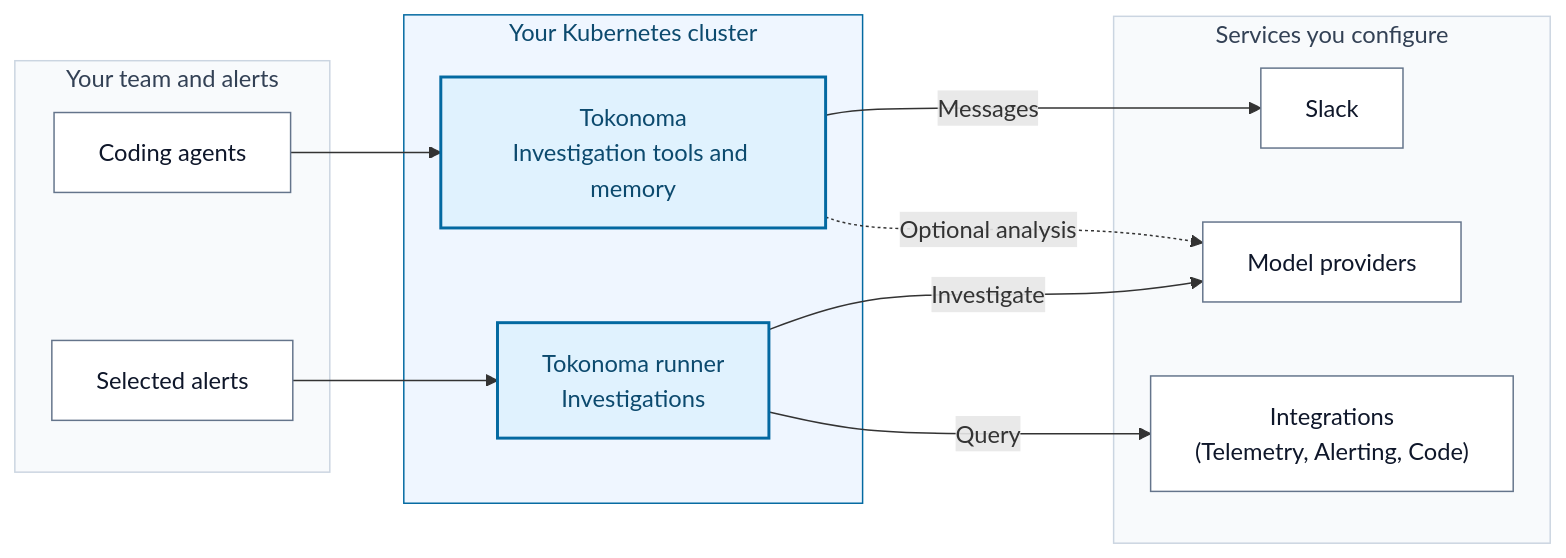
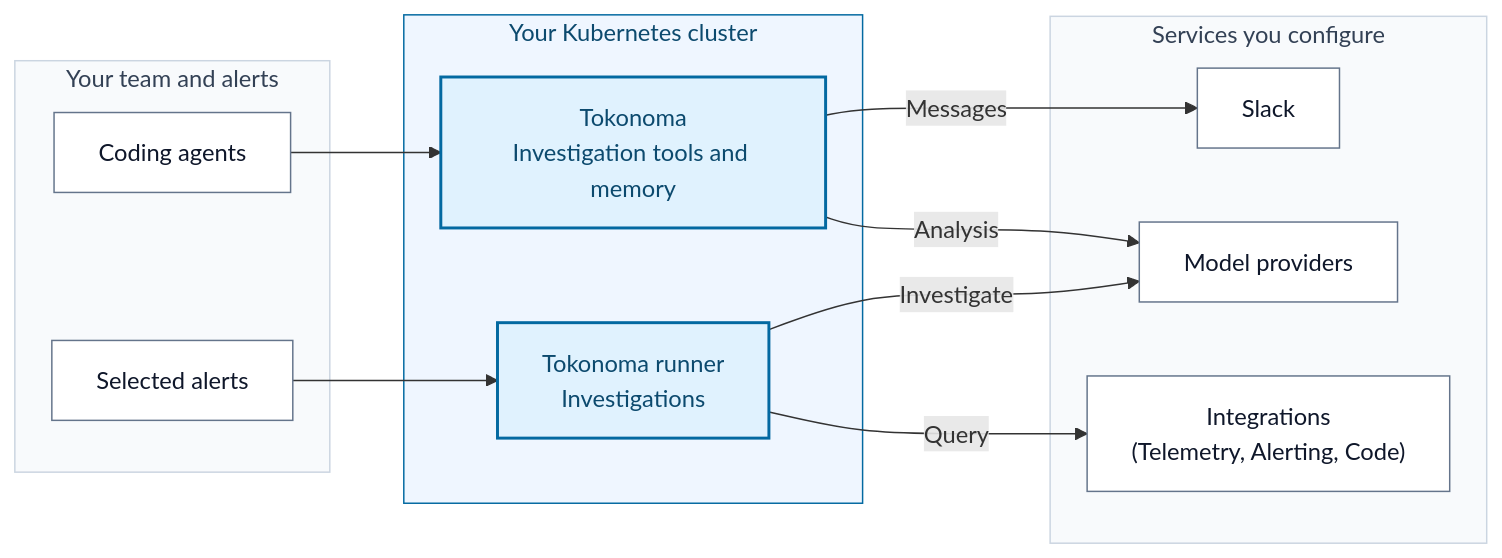
Before and after one commit to tokonoma-ai/tokonoma-docs: the diagram in README.md, drawn with Mermaid. The commit also changed other lines of this file and 23 other files, not shown here.

````diff
--- a/README.md
+++ b/README.md
@@ -7,32 +7,32 @@
 ```mermaid
 flowchart LR
   accTitle: Tokonoma in your environment
-  accDescr: Coding agents connect to Tokonoma, and selected alerts reach the required Tokonoma runner. Both run in your Kubernetes cluster. Tokonoma connects to Slack and optional model features. The runner calls its model provider and configured telemetry, alerting, and code integrations. Arrows show who opens each connection. This is a capability overview, not a map of internal services.
+  accDescr: Coding agents connect to Tokonoma, and selected alerts reach the required Tokonoma runner. Both run in your Kubernetes cluster. Tokonoma connects to Slack and its model provider for required analysis. The runner calls its model provider and configured telemetry, alerting, and code integrations. Arrows show who opens each connection. This is a capability overview, not a map of internal services.
   subgraph Inputs["Your team and alerts"]
     Agents["Coding agents"]
     Alerts["Selected alerts"]
   end
   subgraph Cluster["Your Kubernetes cluster"]
     Tokonoma["Tokonoma<br/>Investigation tools and memory"]
     Runner["Tokonoma runner<br/>Investigations"]
   end
   subgraph Connections["Services you configure"]
     Slack["Slack"]
     Models["Model providers"]
     Tools["Integrations<br/>(Telemetry, Alerting, Code)"]
   end
   Agents --> Tokonoma
   Alerts --> Runner
   Tokonoma -->|"Messages"| Slack
-  Tokonoma -.->|"Optional analysis"| Models
+  Tokonoma -->|"Analysis"| Models
   Runner -->|"Investigate"| Models
   Runner -->|"Query"| Tools
 
   classDef service fill:#e0f2fe,stroke:#0369a1,color:#0c4a6e,stroke-width:2px
   classDef external fill:#fff,stroke:#64748b,color:#0f172a
   class Tokonoma,Runner service
   class Agents,Alerts,Slack,Tools,Models external
   style Cluster fill:#eff6ff,stroke:#0369a1,color:#0c4a6e
   style Inputs fill:#f8fafc,stroke:#cbd5e1,color:#334155
   style Connections fill:#f8fafc,stroke:#cbd5e1,color:#334155
 ```
````
